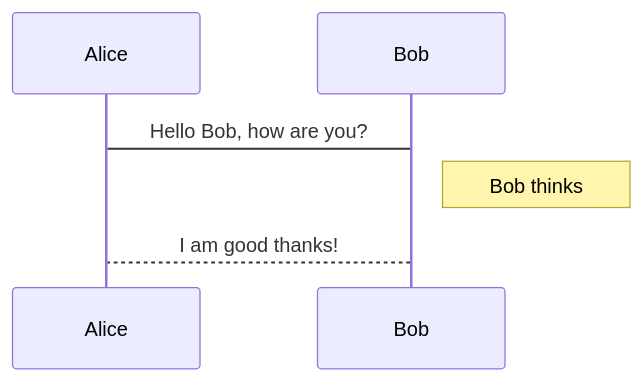
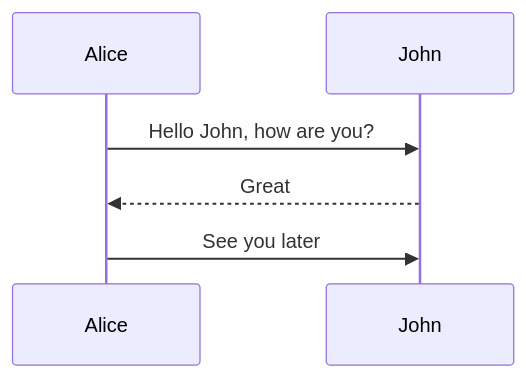
The first of 6 diagrams in docs/Math/markdown里打数学公式及图表.md (8ku/note_other), drawn with Mermaid before and after one commit. The commit also changed other lines of this file and 4 other files, not shown here.

````diff
--- a/docs/Math/markdown里打数学公式及图表.md
+++ b/docs/Math/markdown里打数学公式及图表.md
@@ -254,6 +252,6 @@
 ```mermaid
 sequenceDiagram
-    Alice->Bob: Hello Bob, how are you?
-    Note right of Bob: Bob thinks
-    Bob-->Alice: I am good thanks!
+    Alice->>John: Hello John, how are you?
+    John-->>Alice: Great
+    Alice->>John: See you later
 ```
````
